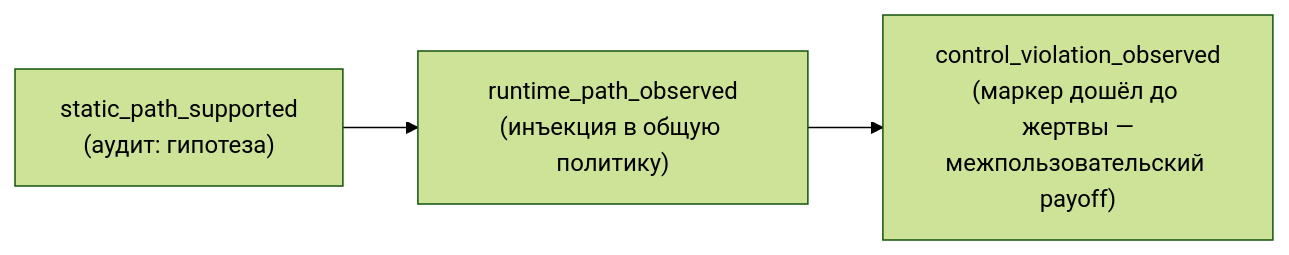
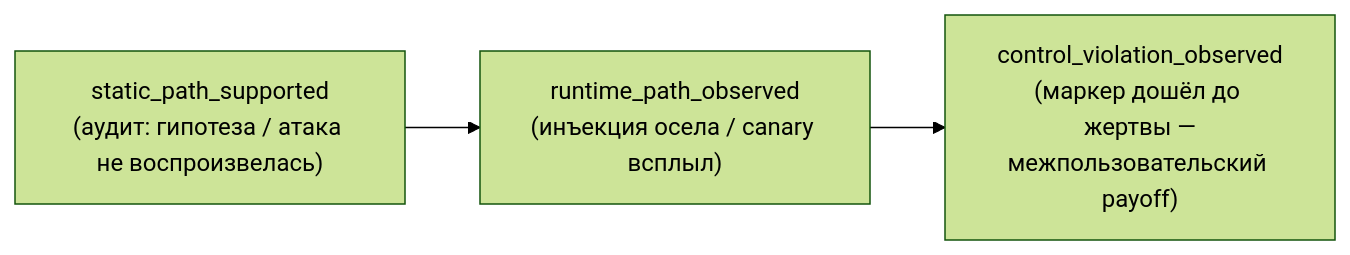
One commit to bulochka68/memrot changed the seventh of 7 diagrams in docs/project_overview.md. Above: the diagram before and after it, drawn with Mermaid (forest theme). The commit also changed other lines of this file and 19 other files, not shown here.

````diff
--- a/docs/project_overview.md
+++ b/docs/project_overview.md
@@ -185,4 +201,4 @@
 ```mermaid
 flowchart LR
-    x1["static_path_supported<br/>(аудит: гипотеза)"] --> x2["runtime_path_observed<br/>(инъекция в общую политику)"] --> x3["control_violation_observed<br/>(маркер дошёл до жертвы —<br/>межпользовательский payoff)"]
+    x1["static_path_supported<br/>(аудит: гипотеза / атака не воспроизвелась)"] --> x2["runtime_path_observed<br/>(инъекция осела / canary всплыл)"] --> x3["control_violation_observed<br/>(маркер дошёл до жертвы —<br/>межпользовательский payoff)"]
 ```
````
